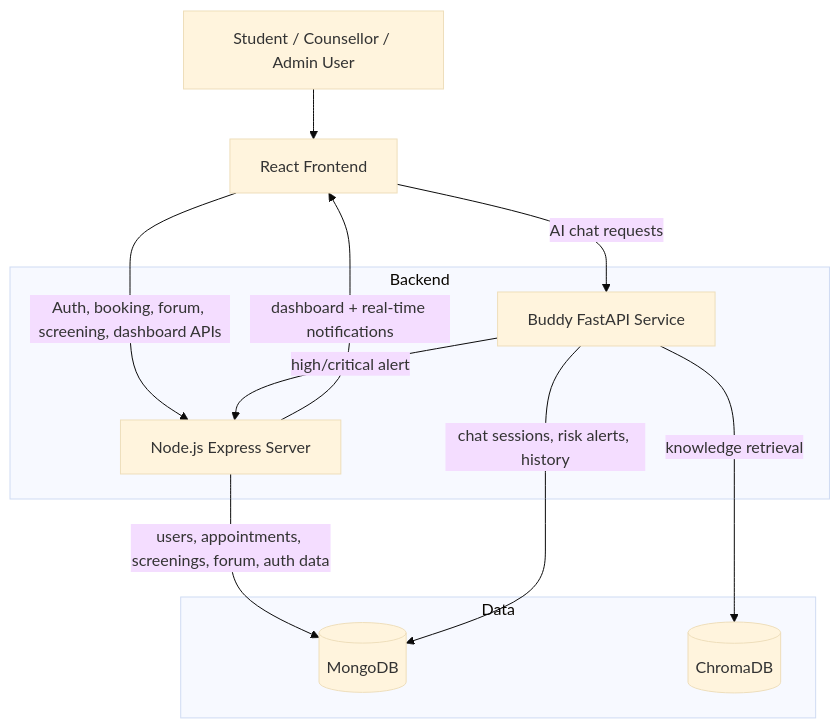
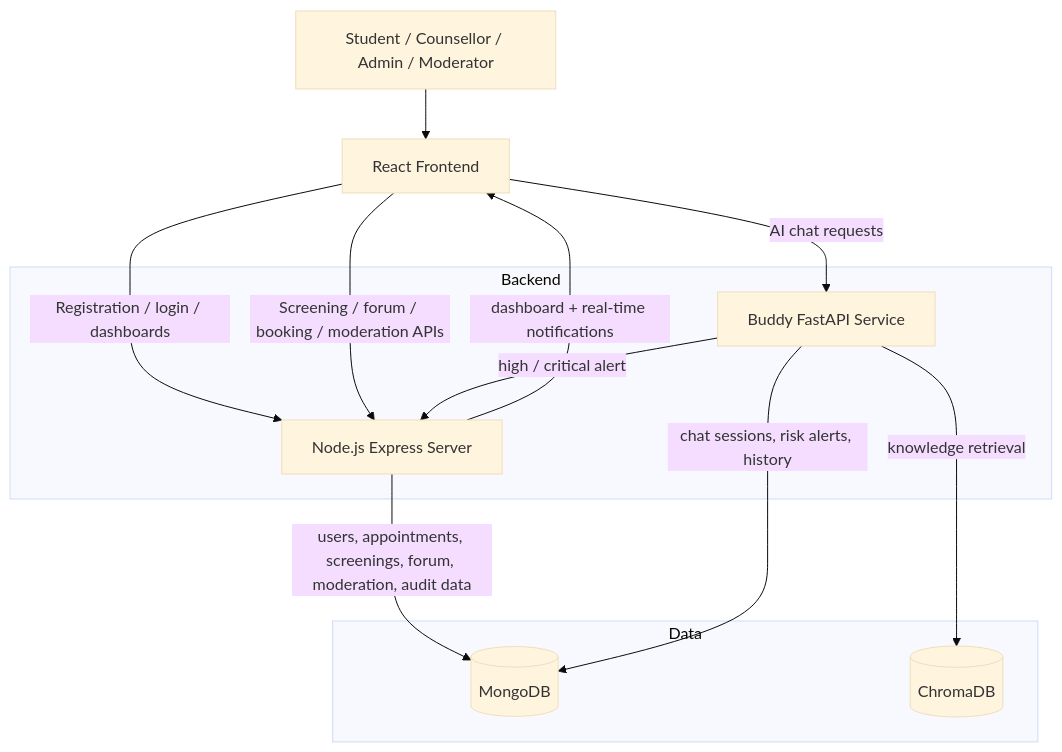
Before and after one commit to Shivanshu-Kashyap/MANN-MITRA: the diagram in docs/mann_mitra_architecture.md, drawn with Mermaid (base theme). The commit also changed other lines of this file and 2 other files, not shown here.

Commit message:
Flowchart updated

````diff
--- a/docs/mann_mitra_architecture.md
+++ b/docs/mann_mitra_architecture.md
@@ -3,26 +3,27 @@
 ```mermaid
 flowchart TB
-    U[Student / Counsellor / Admin User]
+    U[Student / Counsellor / Admin / Moderator]
     FE[React Frontend]
 
     subgraph Backend
         NS[Node.js Express Server]
         BD[Buddy FastAPI Service]
     end
 
     subgraph Data
         MG[(MongoDB)]
         CH[(ChromaDB)]
     end
 
     U --> FE
-    FE -->|Auth, booking, forum, screening, dashboard APIs| NS
+    FE -->|Registration / login / dashboards| NS
+    FE -->|Screening / forum / booking / moderation APIs| NS
     FE -->|AI chat requests| BD
 
-    NS -->|users, appointments, screenings, forum, auth data| MG
+    NS -->|users, appointments, screenings, forum, moderation, audit data| MG
     BD -->|chat sessions, risk alerts, history| MG
     BD -->|knowledge retrieval| CH
 
-    BD -->|high/critical alert| NS
+    BD -->|high / critical alert| NS
     NS -->|dashboard + real-time notifications| FE
 ```
````
